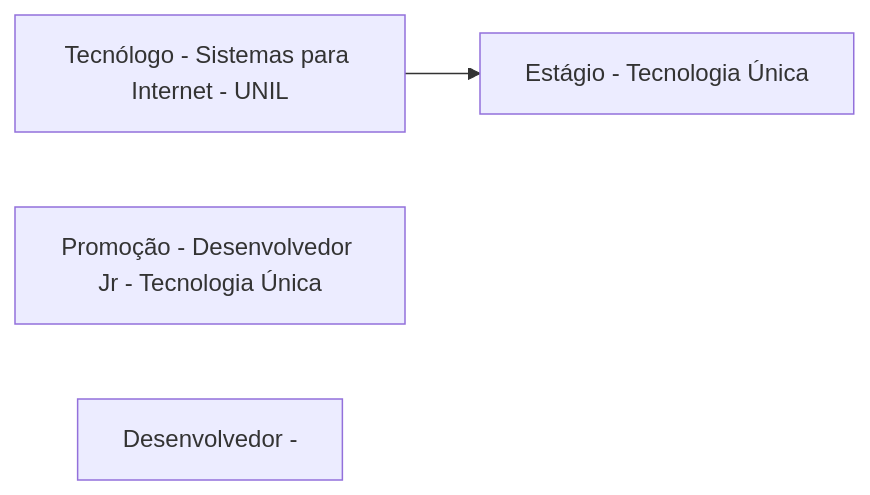
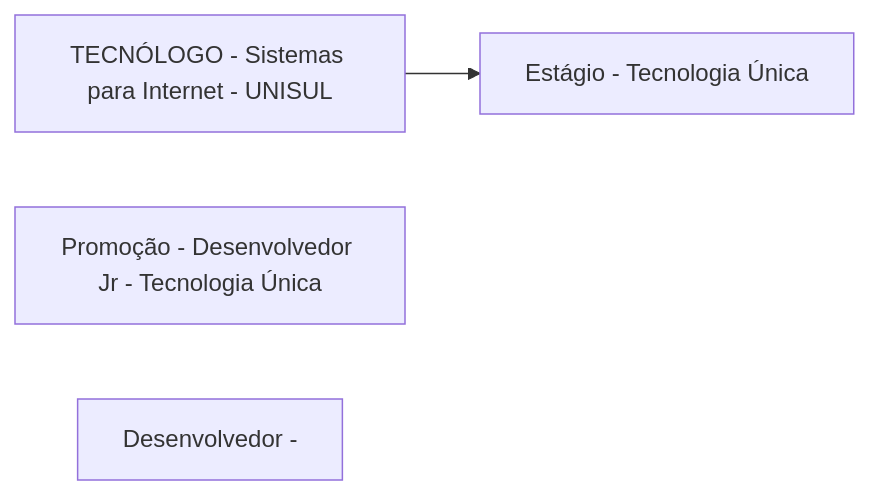
Before and after one commit to rafsp/Graduacao_FIAP: the diagram in Advanced-Business-Development-with-.NET/1º-Semestre/Aula-01-%2D-Introdução-e-Apresentação/Apresentação-do-Professor.md, drawn with Mermaid.

Commit message:
Updated Apresentação do Professor

```diff
--- a/Advanced-Business-Development-with-.NET/1º-Semestre/Aula-01-%2D-Introdução-e-Apresentação/Apresentação-do-Professor.md
+++ b/Advanced-Business-Development-with-.NET/1º-Semestre/Aula-01-%2D-Introdução-e-Apresentação/Apresentação-do-Professor.md
@@ -1,8 +1,8 @@
 ::: mermaid
 flowchart LR;
-a[Tecnólogo - Sistemas para Internet - UNIL]
+a[TECNÓLOGO - Sistemas para Internet - UNISUL]
 b[Estágio - Tecnologia Única];
 c[Promoção - Desenvolvedor Jr - Tecnologia Única];
 d[Desenvolvedor - ]
 a-->b;
 :::
```
